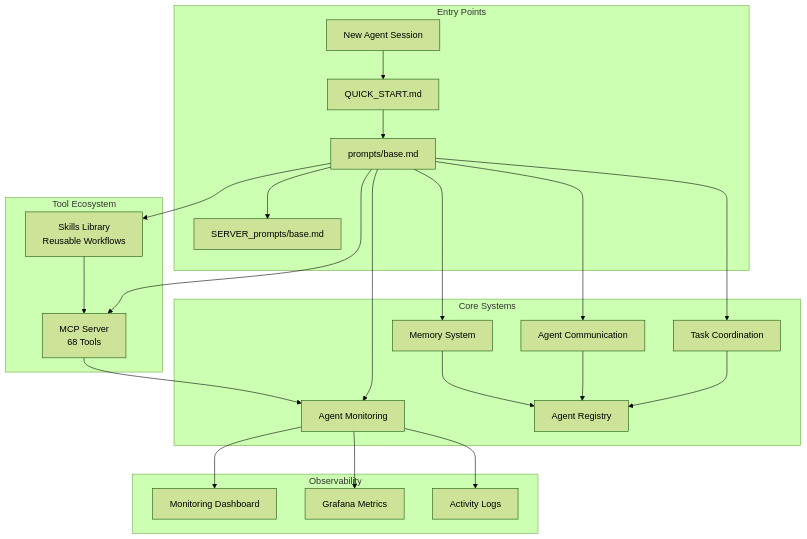
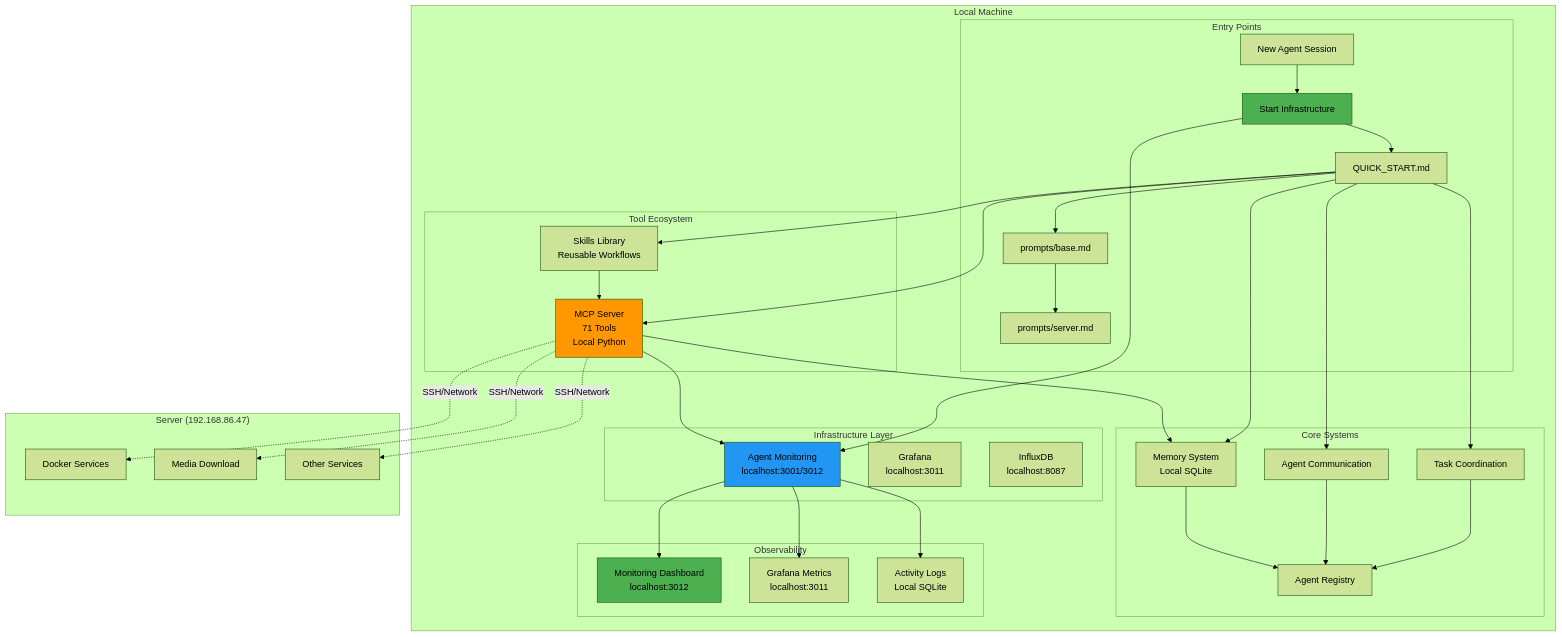
The first of 20 diagrams in agents/docs/COMPLETE_SYSTEM_VISUALIZATION.md (unarmedpuppy/homelab-ai), drawn with Mermaid (forest theme) before and after one commit. The commit also changed other lines of this file and 143 other files, not shown here.

````diff
--- a/agents/docs/COMPLETE_SYSTEM_VISUALIZATION.md
+++ b/agents/docs/COMPLETE_SYSTEM_VISUALIZATION.md
@@ -27,44 +29,68 @@
 ```mermaid
 graph TB
-    subgraph "Entry Points"
-        A[New Agent Session] --> B[QUICK_START.md]
-        B --> C[prompts/base.md]
-        C --> D[SERVER_prompts/base.md]
+    subgraph "Local Machine"
+        subgraph "Entry Points"
+            A[New Agent Session] --> B[Start Infrastructure]
+            B --> C[QUICK_START.md]
+            C --> D[prompts/base.md]
+            D --> E[prompts/server.md]
+        end
+        
+        subgraph "Infrastructure Layer"
+            F[Agent Monitoring<br/>localhost:3001/3012]
+            G[Grafana<br/>localhost:3011]
+            H[InfluxDB<br/>localhost:8087]
+        end
+        
+        subgraph "Core Systems"
+            I[Task Coordination]
+            J[Agent Communication]
+            K[Memory System<br/>Local SQLite]
+            L[Agent Registry]
+        end
+        
+        subgraph "Tool Ecosystem"
+            M[MCP Server<br/>71 Tools<br/>Local Python]
+            N[Skills Library<br/>Reusable Workflows]
+        end
+        
+        subgraph "Observability"
+            O[Monitoring Dashboard<br/>localhost:3012]
+            P[Grafana Metrics<br/>localhost:3011]
+            Q[Activity Logs<br/>Local SQLite]
+        end
     end
     
-    subgraph "Core Systems"
-        E[Task Coordination]
-        F[Agent Communication]
-        G[Memory System]
-        H[Agent Monitoring]
-        I[Agent Registry]
+    subgraph "Server (192.168.86.47)"
+        R[Docker Services]
+        S[Media Download]
+        T[Other Services]
     end
     
-    subgraph "Tool Ecosystem"
-        J[MCP Server<br/>68 Tools]
-        K[Skills Library<br/>Reusable Workflows]
-    end
-    
-    subgraph "Observability"
-        L[Monitoring Dashboard]
-        M[Grafana Metrics]
-        N[Activity Logs]
-    end
-    
-    C --> E
-    C --> F
-    C --> G
-    C --> H
+    B --> F
+    C --> I
     C --> J
     C --> K
+    C --> M
+    C --> N
     
-    J --> H
-    K --> J
-    H --> L
-    H --> M
-    H --> N
+    M --> F
+    M --> K
+    N --> M
+    F --> O
+    F --> P
+    F --> Q
     
-    E --> I
-    F --> I
-    G --> I
+    I --> L
+    J --> L
+    K --> L
+    
+    M -.SSH/Network.-> R
+    M -.SSH/Network.-> S
+    M -.SSH/Network.-> T
+    
+    style B fill:#4caf50
+    style F fill:#2196f3
+    style M fill:#ff9800
+    style O fill:#4caf50
 ```
````
